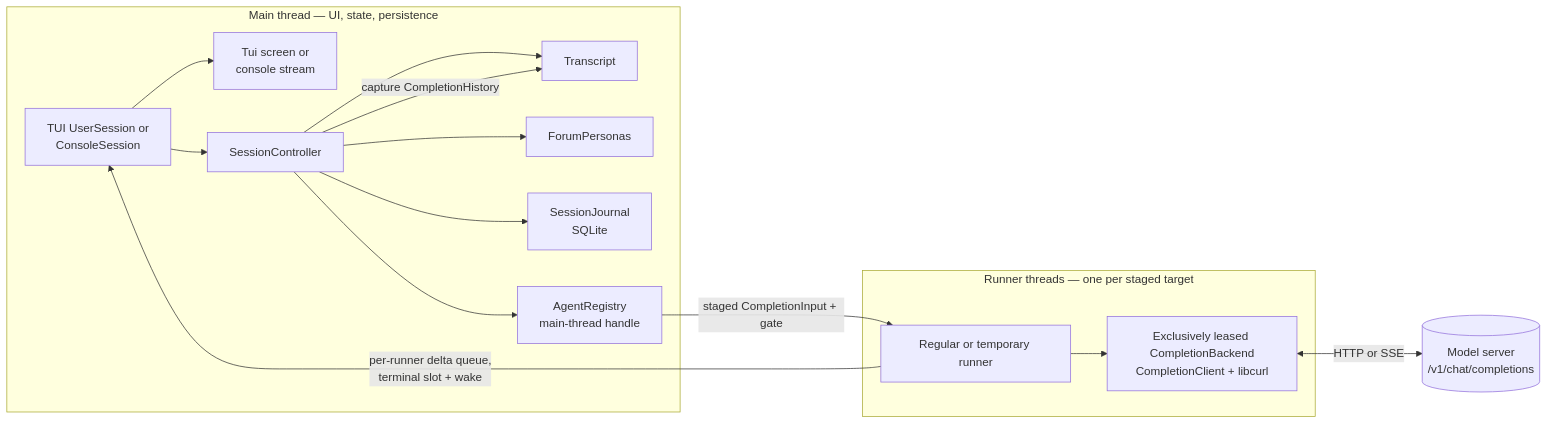
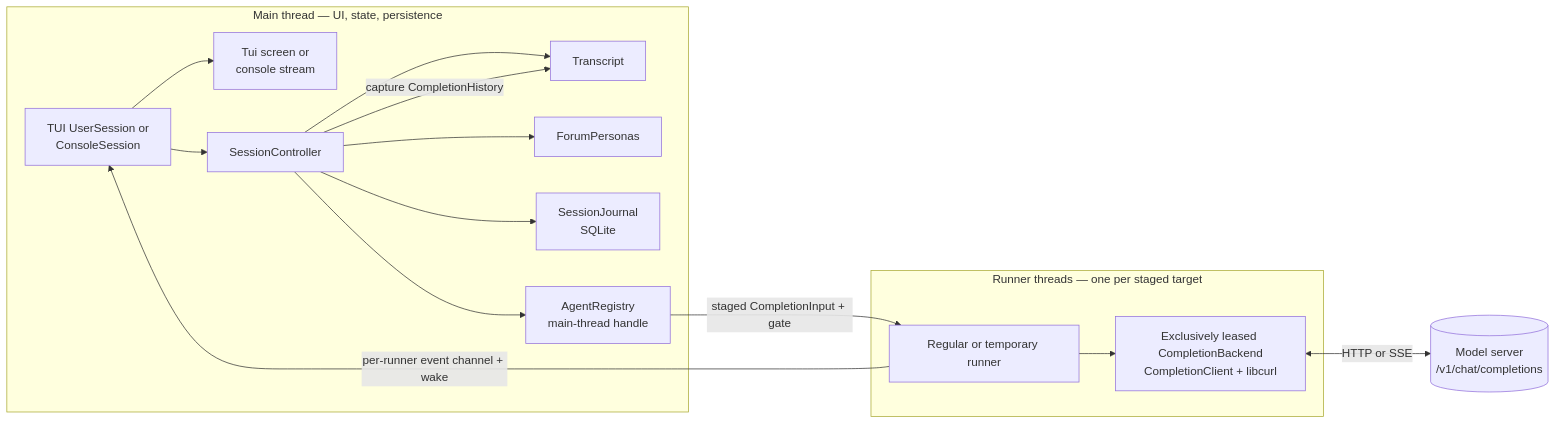
One commit to michaelpopov/cha changed the first of 4 diagrams in src/README.md. Above: the diagram before and after it, drawn with Mermaid. The commit also changed other lines of this file and 19 other files, not shown here.

````diff
--- a/src/README.md
+++ b/src/README.md
@@ -96,31 +96,31 @@
 ```mermaid
 flowchart LR
     subgraph mainthread["Main thread — UI, state, persistence"]
         frontend["TUI UserSession or<br/>ConsoleSession"]
         presentation["Tui screen or<br/>console stream"]
         controller["SessionController"]
         conv["Transcript"]
         personas["ForumPersonas"]
         journal["SessionJournal<br/>SQLite"]
         registry["AgentRegistry<br/>main-thread handle"]
     end
 
     subgraph agentthreads["Runner threads — one per staged target"]
         execution["Regular or temporary runner"]
         backend["Exclusively leased CompletionBackend<br/>CompletionClient + libcurl"]
     end
 
     provider[("Model server<br/>/v1/chat/completions")]
 
     frontend --> presentation
     frontend --> controller
     controller --> conv
     controller --> personas
     controller --> journal
     controller --> registry
     controller -->|"capture CompletionHistory"| conv
     registry -->|"staged CompletionInput + gate"| execution
     execution --> backend
     backend <-->|"HTTP or SSE"| provider
-    execution -->|"per-runner delta queue,<br/>terminal slot + wake"| frontend
+    execution -->|"per-runner event channel + wake"| frontend
 ```
````
